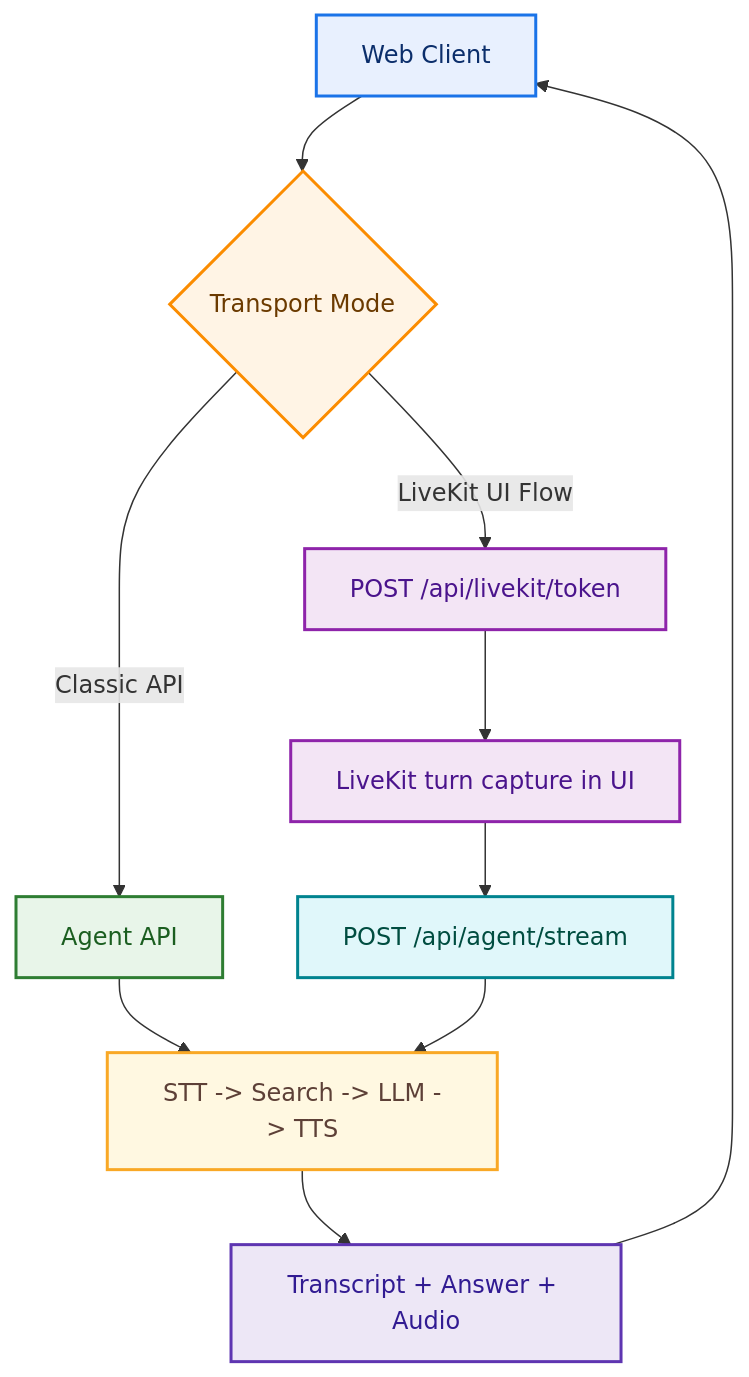
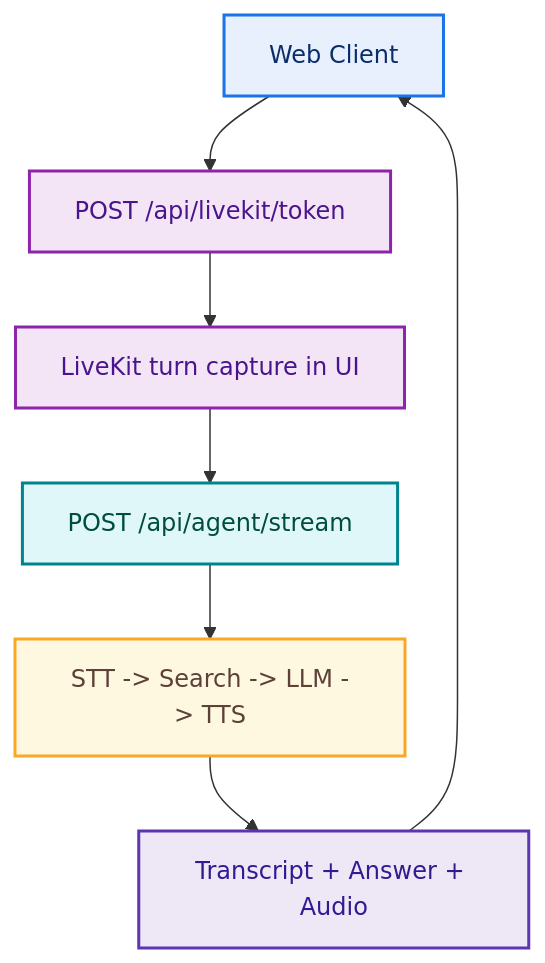
The second of 2 diagrams in README.md (ninja-nb/voice-agent-demo), drawn with Mermaid before and after one commit. The commit also changed other lines of this file, not shown here.

First line of the commit message:
Split README architecture into simple and realtime flows.

````diff
--- a/README.md
+++ b/README.md
@@ -11,31 +31,21 @@
 ```mermaid
 flowchart TD
-    userClient[Web Client] --> transport{Transport Mode}
-
-    transport -->|Classic API| classicApi[Agent API]
-    transport -->|LiveKit UI Flow| livekitToken[POST /api/livekit/token]
-
-    classicApi --> pipeline[STT -> Search -> LLM -> TTS]
+    userClient[Web Client] --> livekitToken[POST /api/livekit/token]
     livekitToken --> livekitTurn[LiveKit turn capture in UI]
     livekitTurn --> streamApi[POST /api/agent/stream]
-    streamApi --> pipeline
-
+    streamApi --> pipeline[STT -> Search -> LLM -> TTS]
     pipeline --> outputs[Transcript + Answer + Audio]
     outputs --> userClient
 
     classDef start fill:#E8F0FE,stroke:#1A73E8,stroke-width:2px,color:#0B2E6B;
-    classDef decision fill:#FFF4E5,stroke:#FB8C00,stroke-width:2px,color:#6B3A00;
-    classDef classic fill:#E8F5E9,stroke:#2E7D32,stroke-width:2px,color:#1B5E20;
     classDef livekit fill:#F3E5F5,stroke:#8E24AA,stroke-width:2px,color:#4A148C;
     classDef api fill:#E0F7FA,stroke:#00838F,stroke-width:2px,color:#004D40;
     classDef pipelineStyle fill:#FFF8E1,stroke:#F9A825,stroke-width:2px,color:#5D4037;
     classDef output fill:#EDE7F6,stroke:#5E35B1,stroke-width:2px,color:#311B92;
 
     class userClient start;
-    class transport decision;
-    class classicApi classic;
     class livekitToken,livekitTurn livekit;
     class streamApi api;
     class pipeline pipelineStyle;
     class outputs output;
 ```
````
